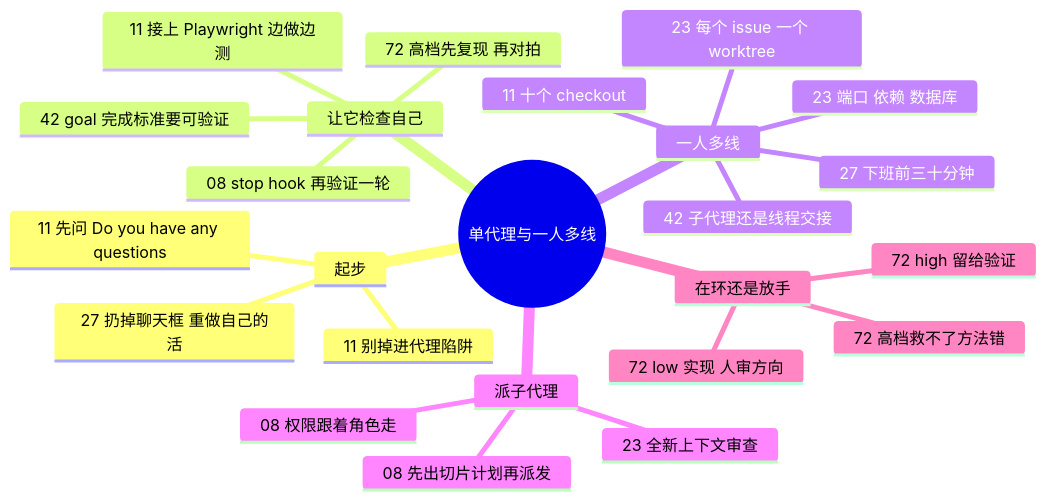
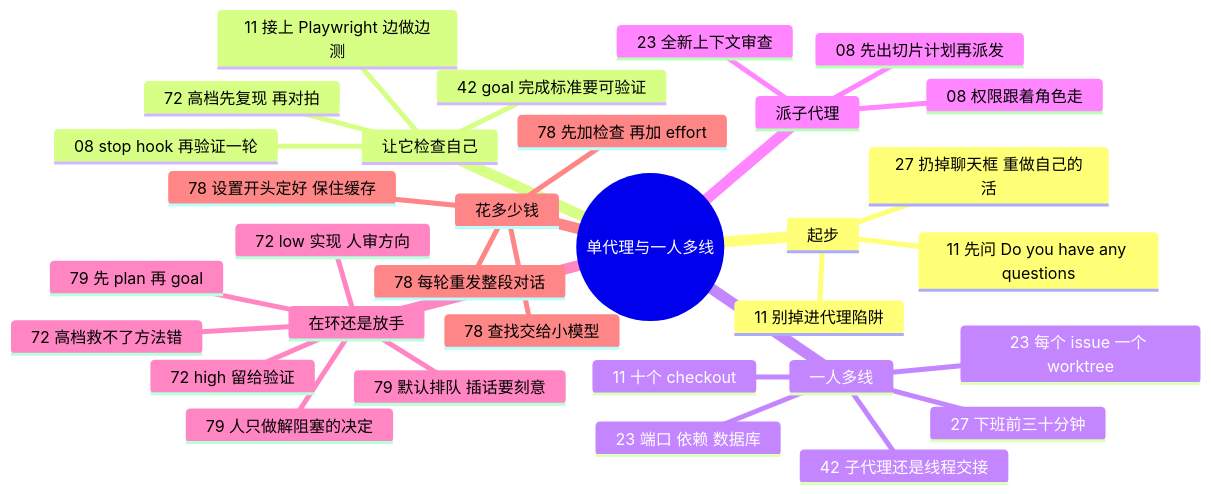
Before and after one commit to yzw7489757/ai-coding-videos: the diagram in docs/guide/solo.md, drawn with Mermaid. The commit also changed other lines of this file and 18 other files, not shown here.

````diff
--- a/docs/guide/solo.md
+++ b/docs/guide/solo.md
@@ -15,27 +15,35 @@
 ```mermaid
 mindmap
   root((单代理与一人多线))
     起步
       27 扔掉聊天框 重做自己的活
       11 先问 Do you have any questions
       11 别掉进代理陷阱
     让它检查自己
       11 接上 Playwright 边做边测
       42 goal 完成标准要可验证
       08 stop hook 再验证一轮
       72 高档先复现 再对拍
     一人多线
       11 十个 checkout
       23 每个 issue 一个 worktree
       23 端口 依赖 数据库
       27 下班前三十分钟
       42 子代理还是线程交接
     派子代理
       08 先出切片计划再派发
       08 权限跟着角色走
       23 全新上下文审查
     在环还是放手
       72 low 实现 人审方向
       72 high 留给验证
       72 高档救不了方法错
+      79 人只做解阻塞的决定
+      79 默认排队 插话要刻意
+      79 先 plan 再 goal
+    花多少钱
+      78 每轮重发整段对话
+      78 先加检查 再加 effort
+      78 查找交给小模型
+      78 设置开头定好 保住缓存
 ```
````
